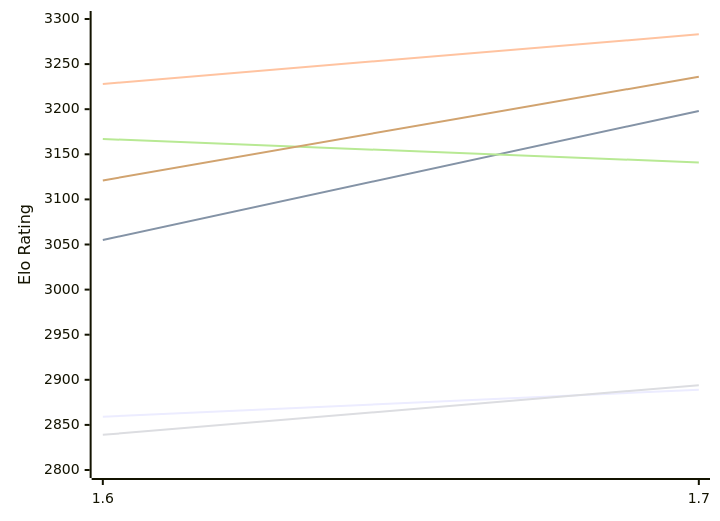
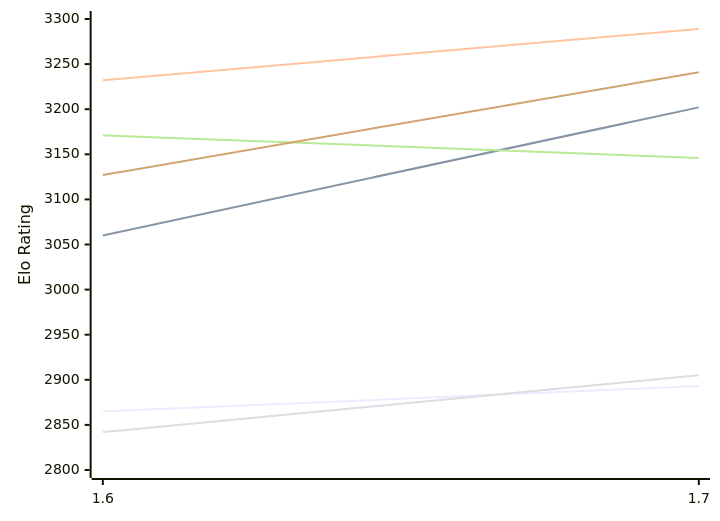
One commit to computer-chess-index/cci changed the first of 2 diagrams in engines/Bitbit.md. Above: the diagram before and after it, drawn with Mermaid. The commit also changed other lines of this file, not shown here.

Commit message:
Update CCI Ratings (ELO VLTC) - 2026-11-20

````diff
--- a/engines/Bitbit.md
+++ b/engines/Bitbit.md
@@ -50,12 +50,12 @@
 ```mermaid
 %%{init: {"theme":"base","themeVariables":{"seriesColors:['#a3a3a3','#222221','#faa371']}}}%%
 xychart-beta
   x-axis ["1.6", "1.7"]
   y-axis "Elo Rating" 2800 --> 3300
-  line "E1: STC (8.0+0.08s)" [2859, 2889]
-  line "E1: LTC (60.0+0.60s)" [3055, 3198]
-  line "E1: VLTC (2m24s+1.12s)" [3228, 3283]
-  line "P1: STC (8.0+0.08s)" [2839, 2894]
-  line "P1: LTC (60.0+0.60s)" [3167, 3141]
-  line "P1: VLTC (2m24s+1.12s)" [3121, 3236]
+  line "E1: STC (8.0+0.08s)" [2865, 2893]
+  line "E1: LTC (60.0+0.60s)" [3060, 3202]
+  line "E1: VLTC (2m24s+1.12s)" [3232, 3289]
+  line "P1: STC (8.0+0.08s)" [2842, 2905]
+  line "P1: LTC (60.0+0.60s)" [3171, 3146]
+  line "P1: VLTC (2m24s+1.12s)" [3127, 3241]
 ```
````
